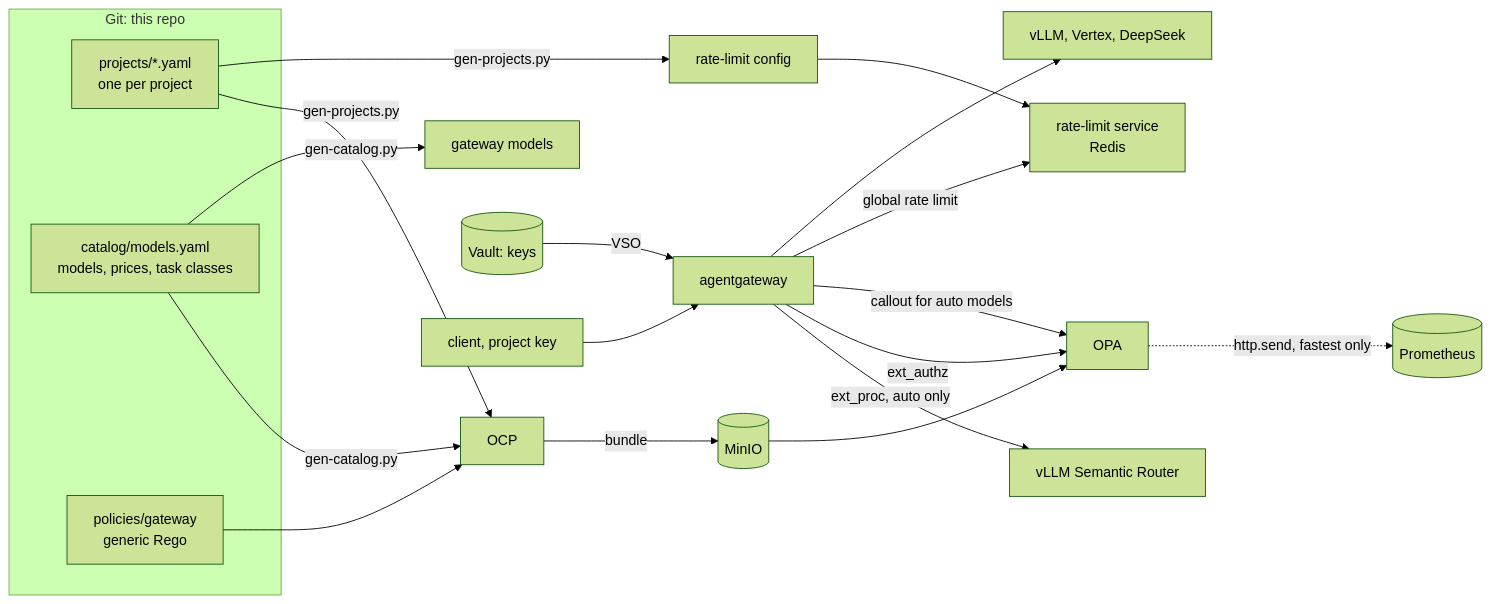
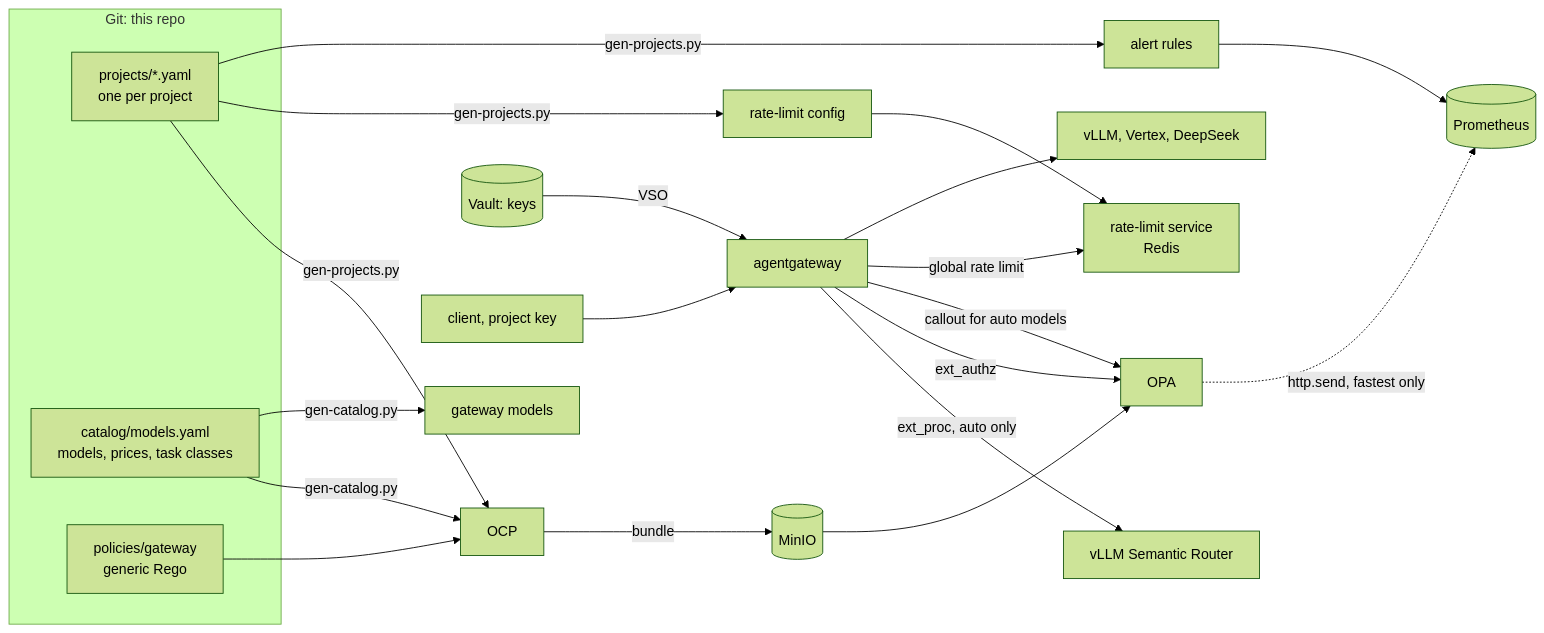
One commit to nolimitkun/mini-platform-deployment changed the diagram in docs/multi-project-policy.md. Above: the diagram before and after it, drawn with Mermaid (forest theme). The commit also changed other lines of this file and 2 other files, not shown here.

````diff
--- a/docs/multi-project-policy.md
+++ b/docs/multi-project-policy.md
@@ -23,23 +23,24 @@
 ```mermaid
 flowchart LR
   subgraph git[Git: this repo]
     proj[projects/*.yaml<br/>one per project]
     cat[catalog/models.yaml<br/>models, prices, task classes]
     lib[policies/gateway<br/>generic Rego]
   end
   proj -->|gen-projects.py| ocp[OCP]
   cat -->|gen-catalog.py| ocp
   lib --> ocp
   ocp -->|bundle| minio[(MinIO)] --> opa[OPA]
   proj -->|gen-projects.py| rlcfg[rate-limit config]
   cat -->|gen-catalog.py| gwcfg[gateway models]
   vault[(Vault: keys)] -->|VSO| agw
   client[client, project key] --> agw[agentgateway]
   agw -->|ext_proc, auto only| vsr[vLLM Semantic Router]
   agw -->|ext_authz| opa
   agw -->|callout for auto models| opa
   agw -->|global rate limit| rl[rate-limit service<br/>Redis]
   rlcfg --> rl
+  proj -->|gen-projects.py| alerts[alert rules] --> prom
   opa -.->|http.send, fastest only| prom[(Prometheus)]
   agw --> models[vLLM, Vertex, DeepSeek]
 ```
````
